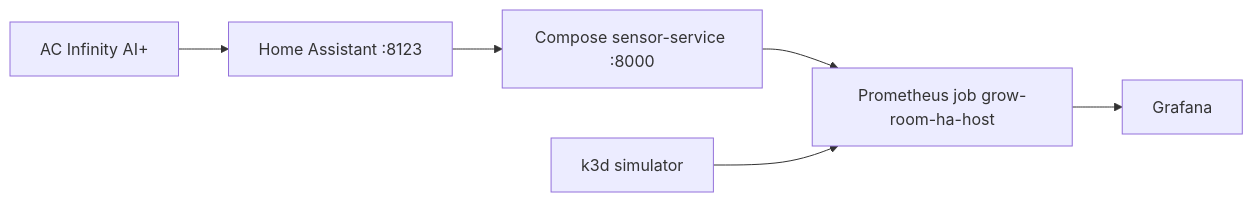
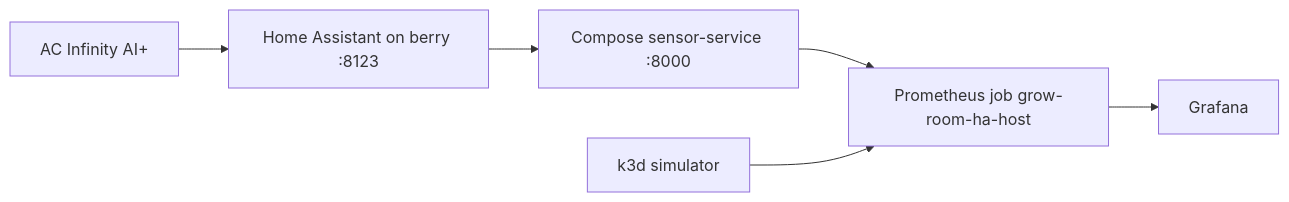
Before and after one commit to TontoBlanco/grow-room-platform: the diagram in docs/index.md, drawn with Mermaid. The commit also changed other lines of this file and 22 other files, not shown here.

First line of the commit message:
Retire the PC Home Assistant service behind the local-ha profile.

````diff
--- a/docs/index.md
+++ b/docs/index.md
@@ -33,8 +33,8 @@
 ```mermaid
 flowchart LR
-  ACI["AC Infinity AI+"] --> HA["Home Assistant :8123"]
+  ACI["AC Infinity AI+"] --> HA["Home Assistant on berry :8123"]
   HA --> CS["Compose sensor-service :8000"]
   CS --> PROM["Prometheus job grow-room-ha-host"]
   SIM["k3d simulator"] --> PROM
   PROM --> GRAF["Grafana"]
 ```
````
